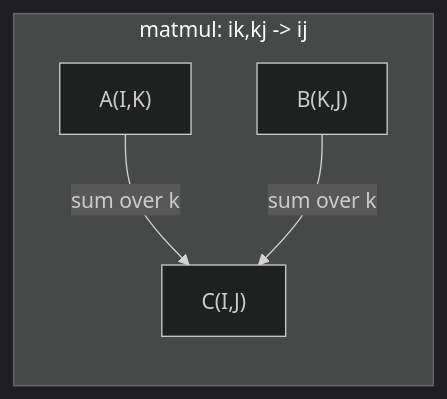
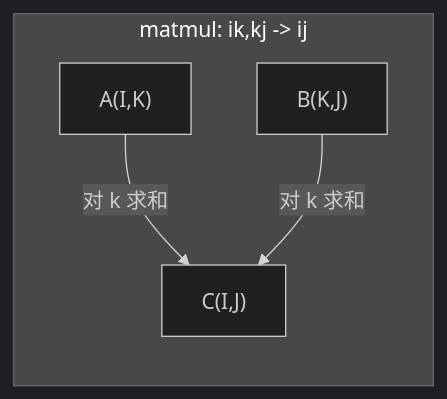
One commit to alessandrodinisio-ai/ai-engineering-learning-framework changed the fourth of 4 diagrams in phases/01-math-foundations/12-tensor-operations/docs/zh.md. Above: the diagram before and after it, drawn with Mermaid (dark theme). The commit also changed other lines of this file and 120 other files, not shown here.

First line of the commit message:
i18n(mermaid): 337 个 mermaid 图表标签中文化

````diff
--- a/phases/01-math-foundations/12-tensor-operations/docs/zh.md
+++ b/phases/01-math-foundations/12-tensor-operations/docs/zh.md
@@ -94,7 +94,7 @@
 ```mermaid
 graph LR
     subgraph "matmul: ik,kj -> ij"
-        A["A(I,K)"] --> |"sum over k"| C["C(I,J)"]
-        B["B(K,J)"] --> |"sum over k"| C
+        A["A(I,K)"] --> |"对 k 求和"| C["C(I,J)"]
+        B["B(K,J)"] --> |"对 k 求和"| C
     end
 ```
````
